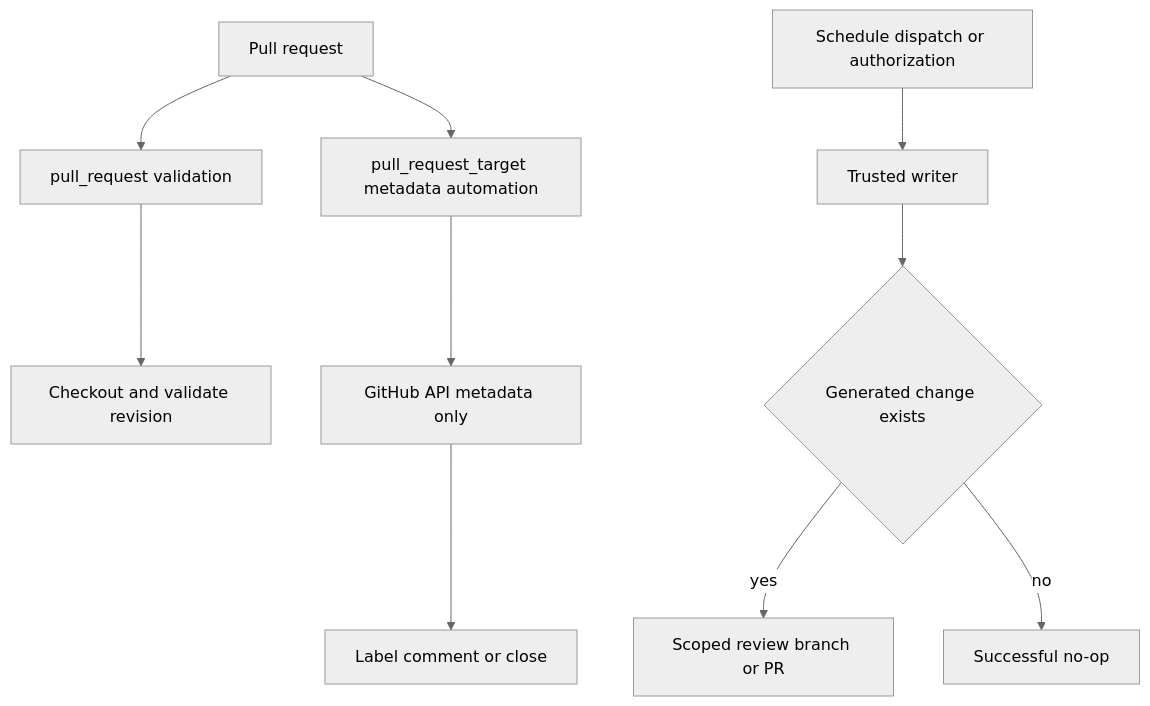
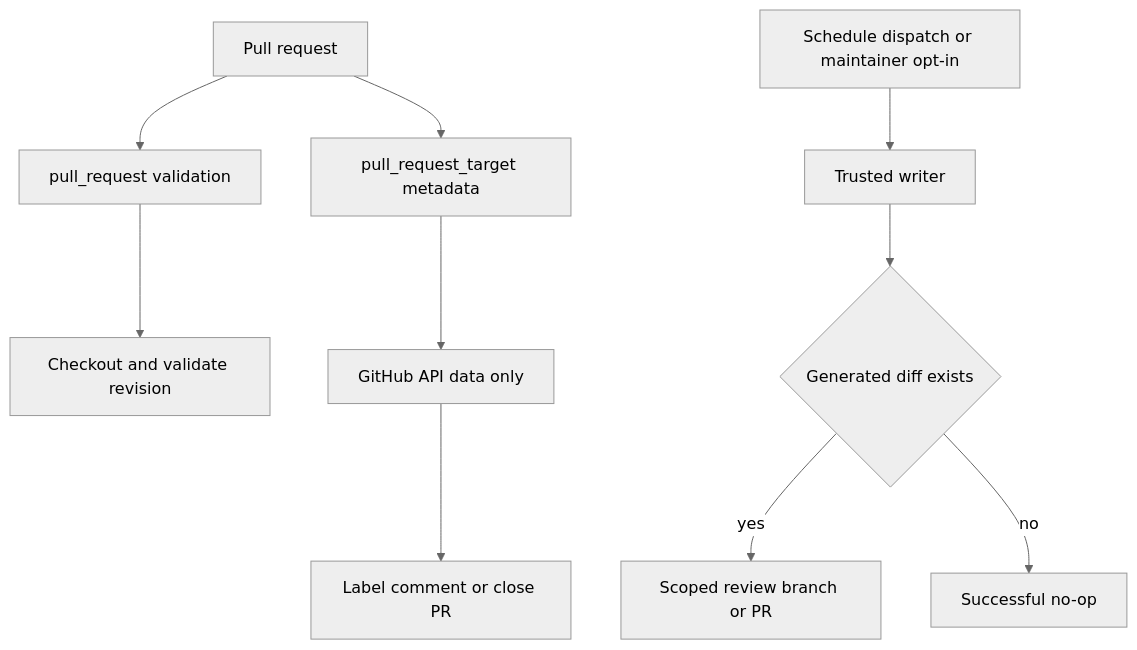
Before and after one commit to rishi-raj-jain/docs-1: the first of 2 diagrams in openwiki/integrations/github-actions.md, drawn with Mermaid (neutral theme). The commit also changed other lines of this file and 33 other files, not shown here.

````diff
--- a/openwiki/integrations/github-actions.md
+++ b/openwiki/integrations/github-actions.md
@@ -37,12 +49,12 @@
 ```mermaid
 flowchart TD
-  PR["Pull request"] --> Check["pull_request validation"]
-  PR --> Meta["pull_request_target metadata automation"]
-  Check --> Head["Checkout and validate revision"]
-  Meta --> API["GitHub API metadata only"]
-  API --> Mutate["Label comment or close"]
-  Trusted["Schedule dispatch or authorization"] --> Writer["Trusted writer"]
-  Writer --> Change{"Generated change exists"}
-  Change -->|"yes"| Review["Scoped review branch or PR"]
-  Change -->|"no"| Noop["Successful no-op"]
+  PR["Pull request"] --> Validation["pull_request validation"]
+  PR --> Metadata["pull_request_target metadata"]
+  Validation --> Revision["Checkout and validate revision"]
+  Metadata --> API["GitHub API data only"]
+  API --> PRChange["Label comment or close PR"]
+  Trigger["Schedule dispatch or maintainer opt-in"] --> Writer["Trusted writer"]
+  Writer --> Changed{"Generated diff exists"}
+  Changed -->|"yes"| Review["Scoped review branch or PR"]
+  Changed -->|"no"| Noop["Successful no-op"]
 ```
````
